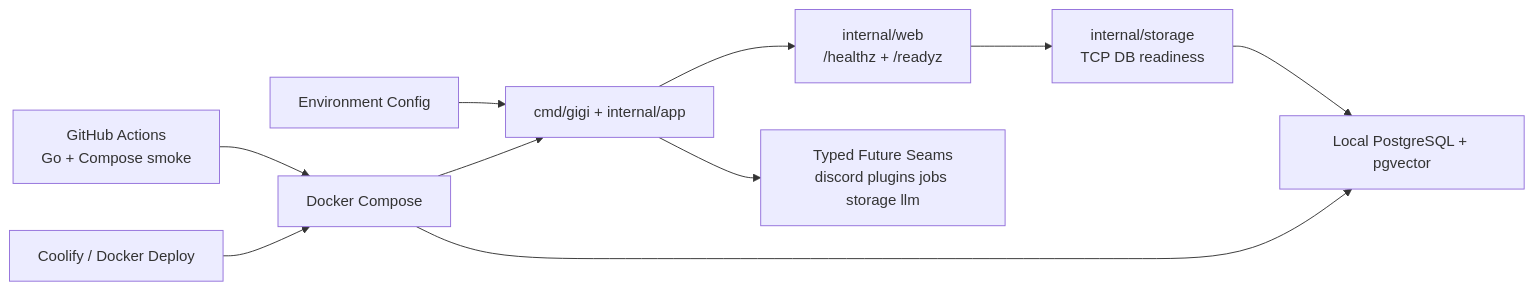
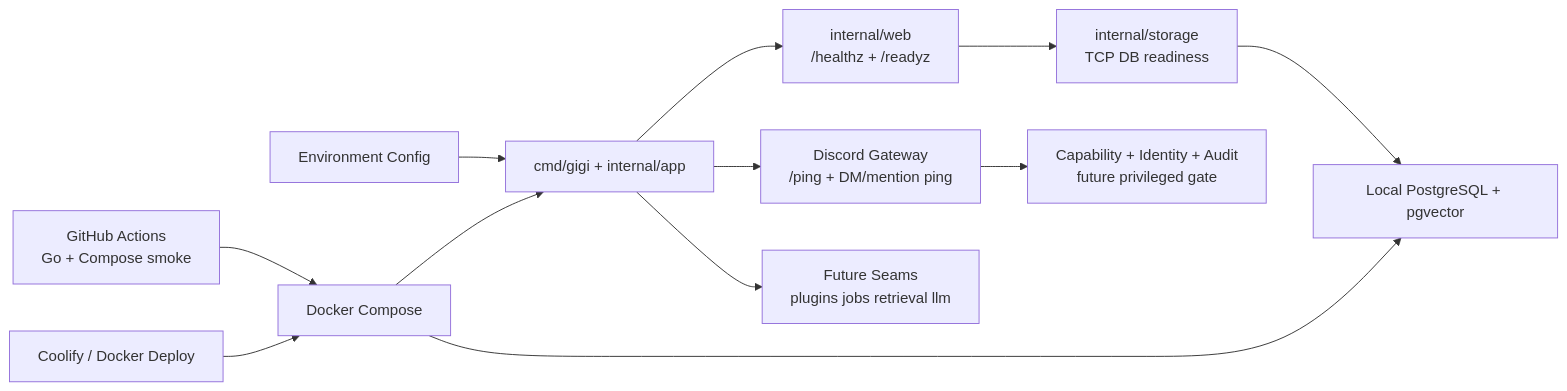
Before and after one commit to gOps132/GigiDC: the diagram in docs/diagrams/system-overview.md, drawn with Mermaid. The commit also changed other lines of this file and 5 other files, not shown here.

````diff
--- a/docs/diagrams/system-overview.md
+++ b/docs/diagrams/system-overview.md
@@ -10,22 +10,26 @@
 ```mermaid
 flowchart LR
   Env["Environment Config"]
   App["cmd/gigi + internal/app"]
   Web["internal/web<br/>/healthz + /readyz"]
   Ready["internal/storage<br/>TCP DB readiness"]
   DB["Local PostgreSQL + pgvector"]
-  Seams["Typed Future Seams<br/>discord plugins jobs storage llm"]
+  Discord["Discord Gateway<br/>/ping + DM/mention ping"]
+  Security["Capability + Identity + Audit<br/>future privileged gate"]
+  Seams["Future Seams<br/>plugins jobs retrieval llm"]
   Compose["Docker Compose"]
   CI["GitHub Actions<br/>Go + Compose smoke"]
   Deploy["Coolify / Docker Deploy"]
 
   Env --> App
   App --> Web
+  App --> Discord
+  Discord --> Security
   Web --> Ready
   Ready --> DB
   App --> Seams
   Compose --> App
   Compose --> DB
   CI --> Compose
   Deploy --> Compose
 ```
````
